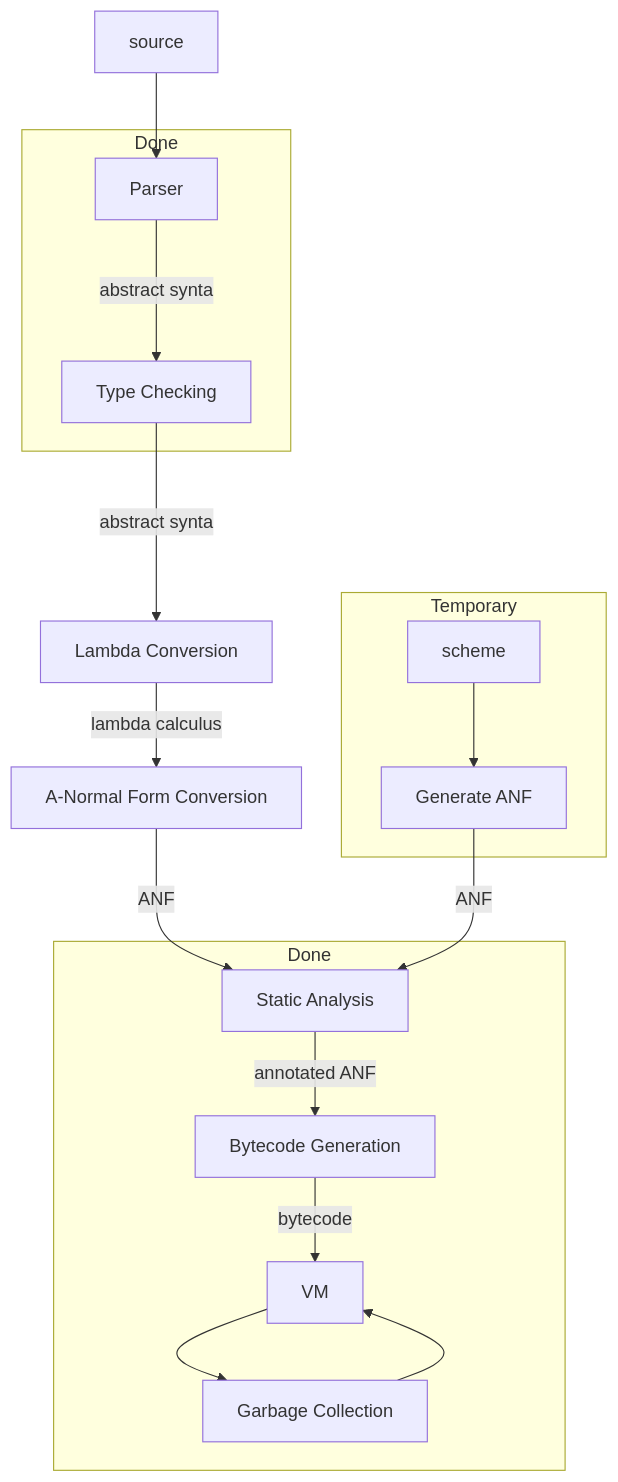
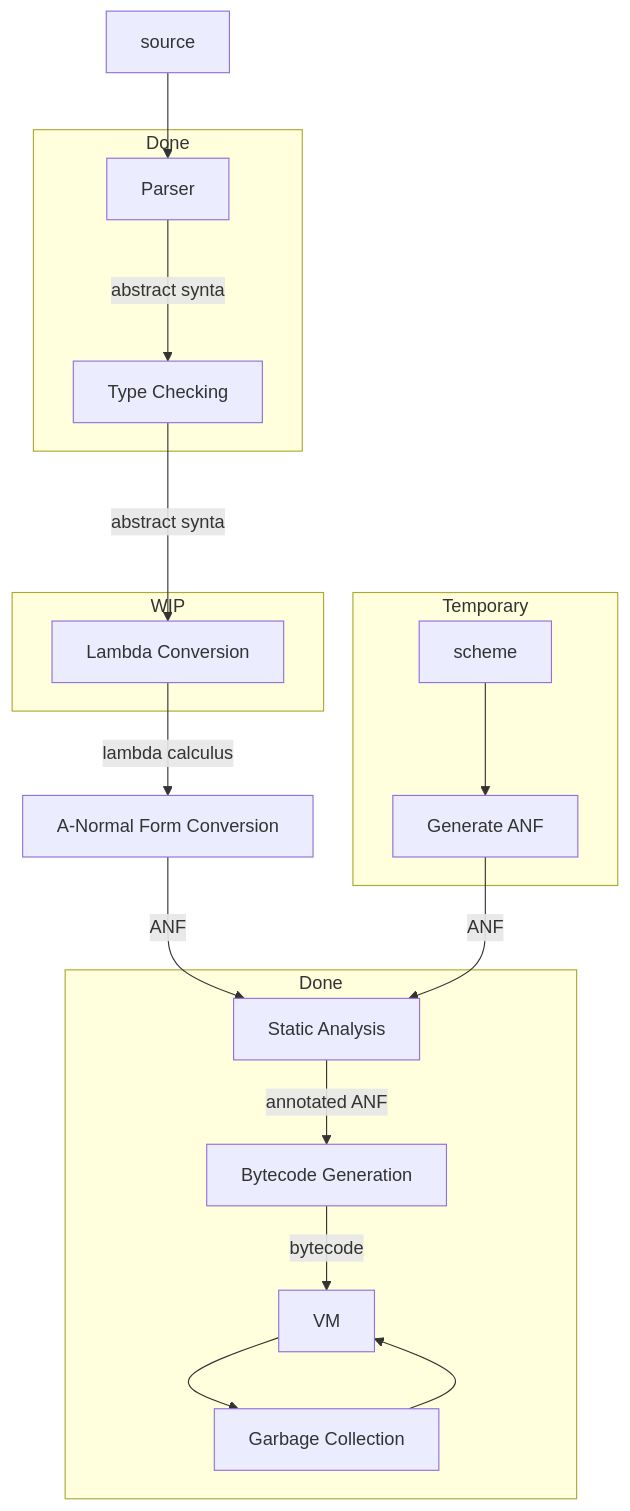
One commit to billhails/CEKF changed the diagram in README.md. Above: the diagram before and after it, drawn with Mermaid. The commit also changed other lines of this file and 1 other file, not shown here.

````diff
--- a/README.md
+++ b/README.md
@@ -75,21 +62,24 @@
 ```mermaid
 flowchart TD
 source --> AST[Parser] --abstract syntax--> check[Type Checking] --abstract syntax--> lambda[Lambda Conversion] --lambda calculus--> anf[A-Normal Form Conversion] --ANF--> static[Static Analysis] --annotated ANF--> Bytecode[Bytecode Generation] --bytecode--> VM
 scheme --> make_ast[Generate ANF] --ANF--> static
 GC[Garbage Collection] --> VM
 VM --> GC
 subgraph done1[Done]
    static
    Bytecode
    VM
    GC
 end
 subgraph done2[Done]
    AST
    check
 end
+subgraph WIP
+    lambda
+end
 subgraph temp[Temporary]
 scheme
 make_ast
 end
 ```
````
